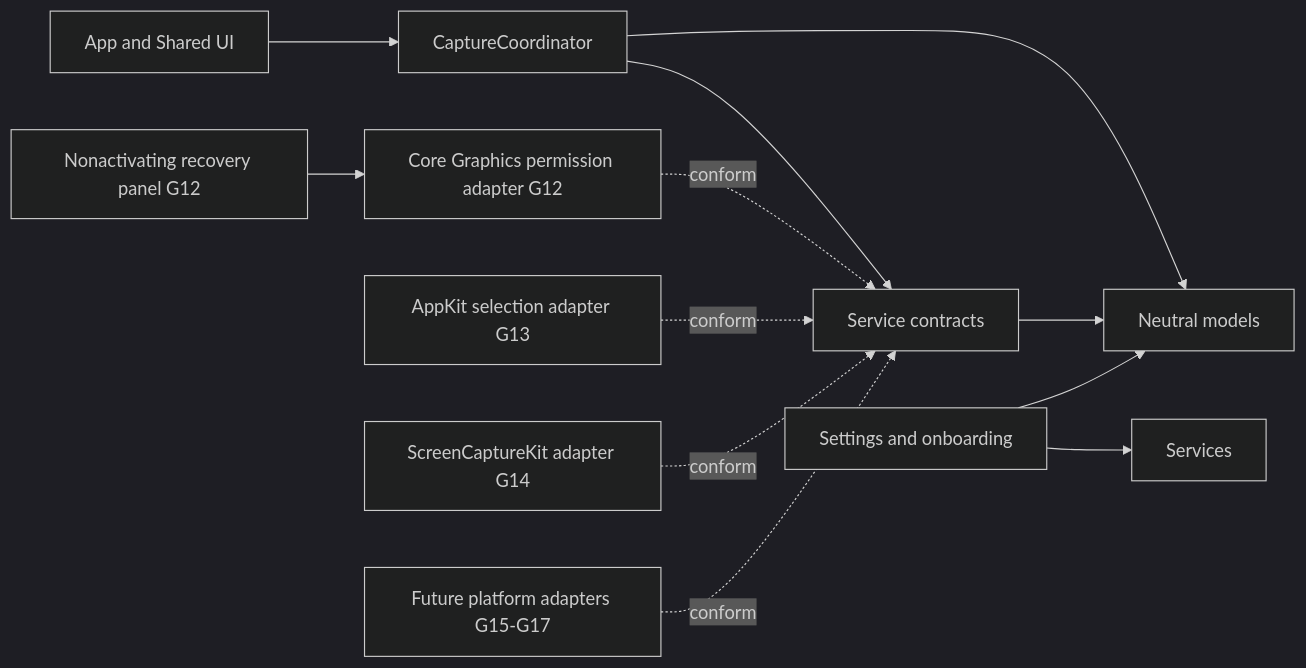
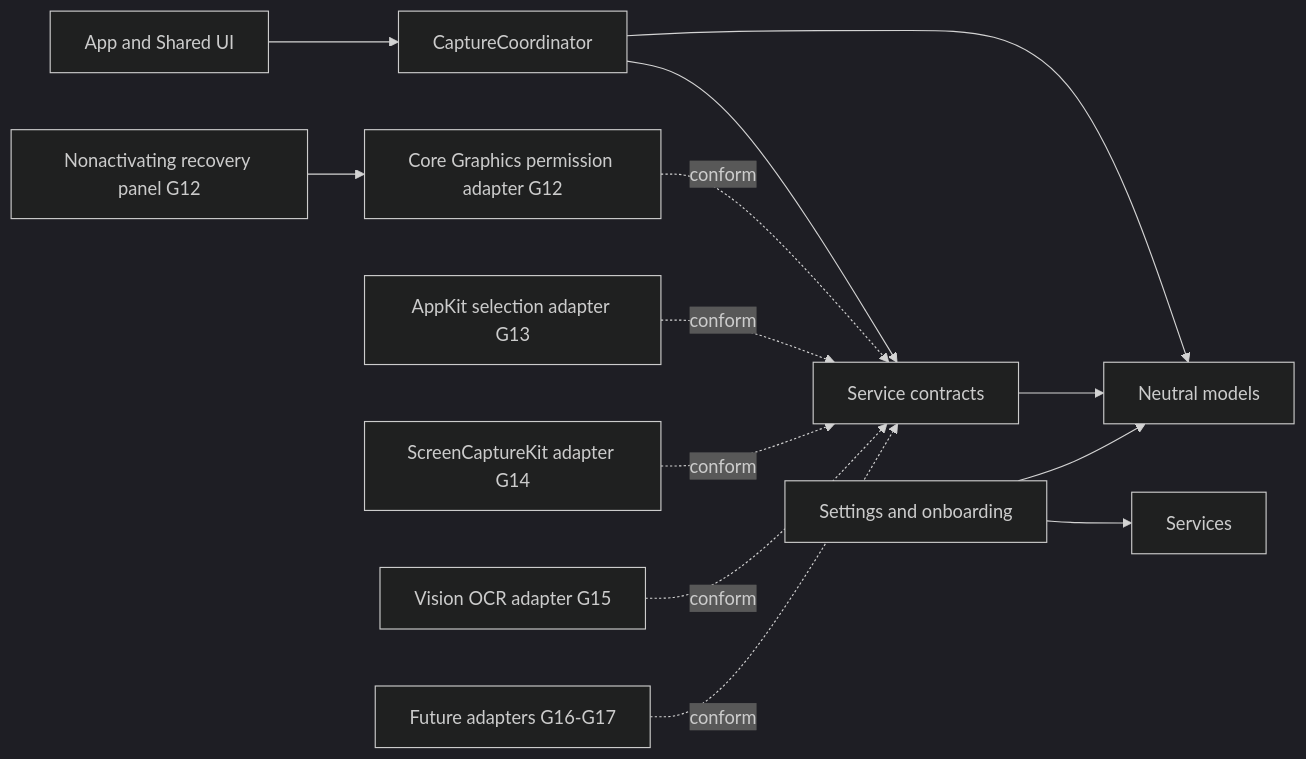
The first of 2 diagrams in docs/architecture/overview.md (bennetthilberg/copylasso), drawn with Mermaid (dark theme) before and after one commit. The commit also changed other lines of this file and 16 other files, not shown here.

Commit message:
implement production vision ocr

````diff
--- a/docs/architecture/overview.md
+++ b/docs/architecture/overview.md
@@ -7,14 +7,15 @@
 ```mermaid
 flowchart LR
   App["App and Shared UI"] --> Coordinator["CaptureCoordinator"]
   Coordinator --> Contracts["Service contracts"]
   Coordinator --> Models["Neutral models"]
   Contracts --> Models
   Settings["Settings and onboarding"] --> Services
   Settings --> Models
   Permission["Core Graphics permission adapter G12"] -. conform .-> Contracts
   Recovery["Nonactivating recovery panel G12"] --> Permission
   Selection["AppKit selection adapter G13"] -. conform .-> Contracts
   Capture["ScreenCaptureKit adapter G14"] -. conform .-> Contracts
-  Adapters["Future platform adapters G15-G17"] -. conform .-> Contracts
+  OCR["Vision OCR adapter G15"] -. conform .-> Contracts
+  Adapters["Future adapters G16-G17"] -. conform .-> Contracts
 ```
````
